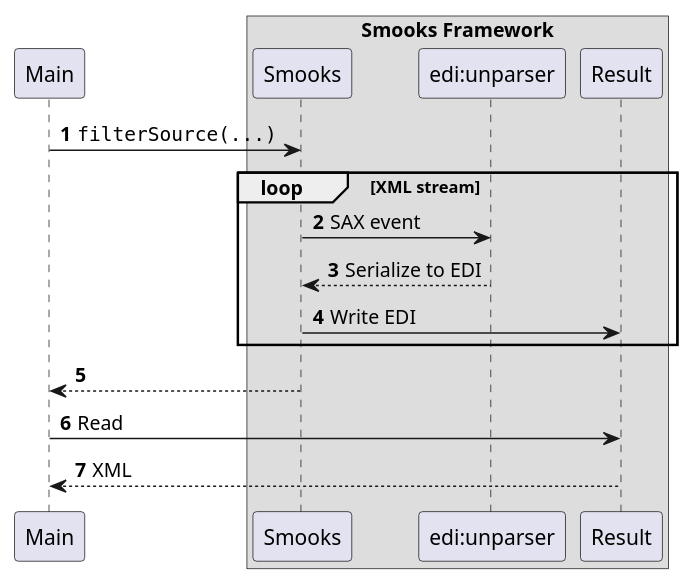
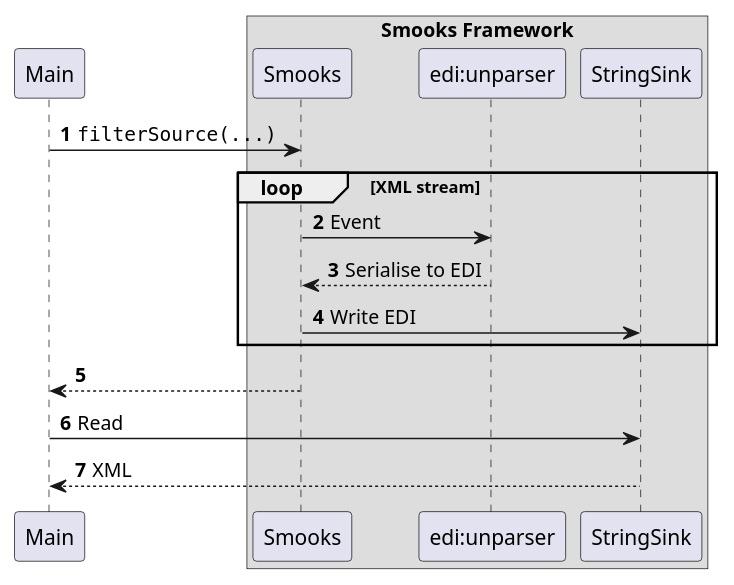
The diagram in xml-to-edi/docs/xml-to-edi.puml (smooks/smooks-examples), drawn with PlantUML before and after one commit. The commit also changed 58 other files, not shown here.

```diff
--- a/xml-to-edi/docs/xml-to-edi.puml
+++ b/xml-to-edi/docs/xml-to-edi.puml
@@ -1,19 +1,19 @@
 @startuml
 participant Main
 box Smooks Framework
 participant Smooks
 participant "edi:unparser"
-participant Result
+participant StringSink
 end box
 autonumber
 
 Main -> Smooks : ""filterSource(...)""
 loop XML stream
-    Smooks -> "edi:unparser": SAX event
-    Smooks <-- "edi:unparser": Serialize to EDI
-    Smooks -> Result: Write EDI
+    Smooks -> "edi:unparser": Event
+    Smooks <-- "edi:unparser": Serialise to EDI
+    Smooks -> StringSink: Write EDI
 end
 Smooks --> Main
-Main -> Result: Read
-Result --> Main: XML
+Main -> StringSink: Read
+StringSink --> Main: XML
 @enduml
```
